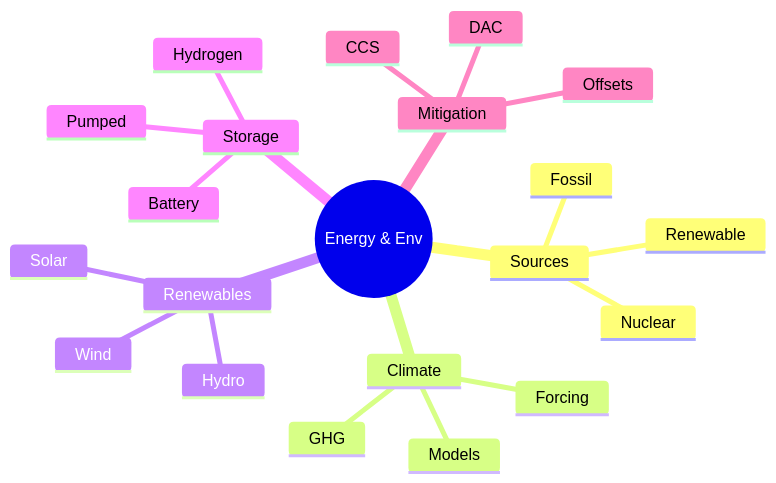
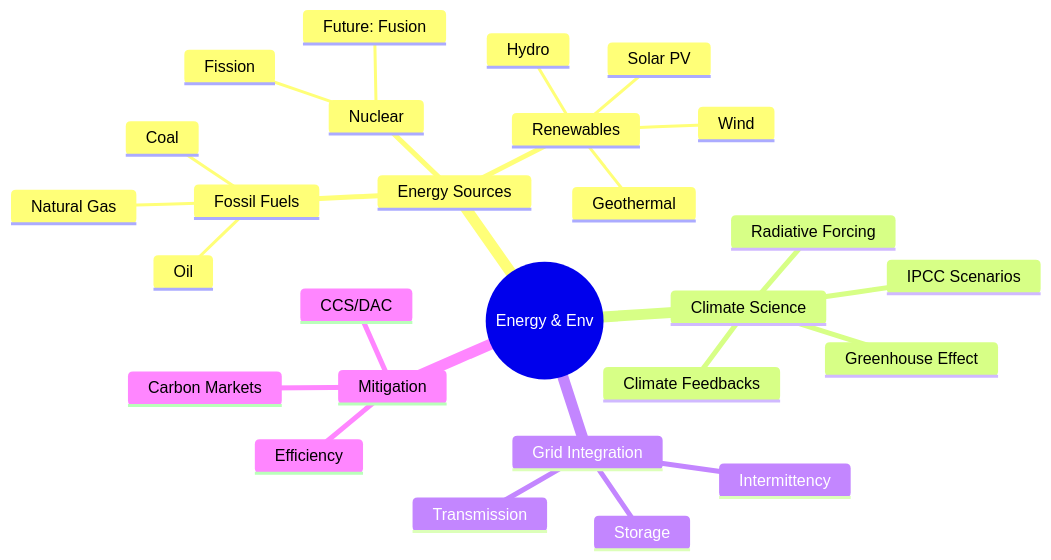
One commit to yip-lgtm/PhysicsSelfStudy changed the first of 5 diagrams in 01_BSc_Physics/foundation/PHYS_1003_Energy_Environmental_Issues/README.md. Above: the diagram before and after it, drawn with Mermaid. The commit also changed other lines of this file and 17 other files, not shown here.

````diff
--- a/01_BSc_Physics/foundation/PHYS_1003_Energy_Environmental_Issues/README.md
+++ b/01_BSc_Physics/foundation/PHYS_1003_Energy_Environmental_Issues/README.md
@@ -118,24 +437,30 @@
 ```mermaid
 mindmap
   root((Energy & Env))
-    Sources
-      Fossil
+    Energy Sources
+      Fossil Fuels
+        Coal
+        Oil
+        Natural Gas
       Nuclear
-      Renewable
-    Climate
-      GHG
-      Forcing
-      Models
-    Renewables
-      Solar
-      Wind
-      Hydro
-    Storage
-      Battery
-      Pumped
-      Hydrogen
+        Fission
+        Future: Fusion
+      Renewables
+        Solar PV
+        Wind
+        Hydro
+        Geothermal
+    Climate Science
+      Greenhouse Effect
+      Radiative Forcing
+      Climate Feedbacks
+      IPCC Scenarios
+    Grid Integration
+      Intermittency
+      Storage
+      Transmission
     Mitigation
-      CCS
-      DAC
-      Offsets
+      CCS/DAC
+      Carbon Markets
+      Efficiency
 ```
````
